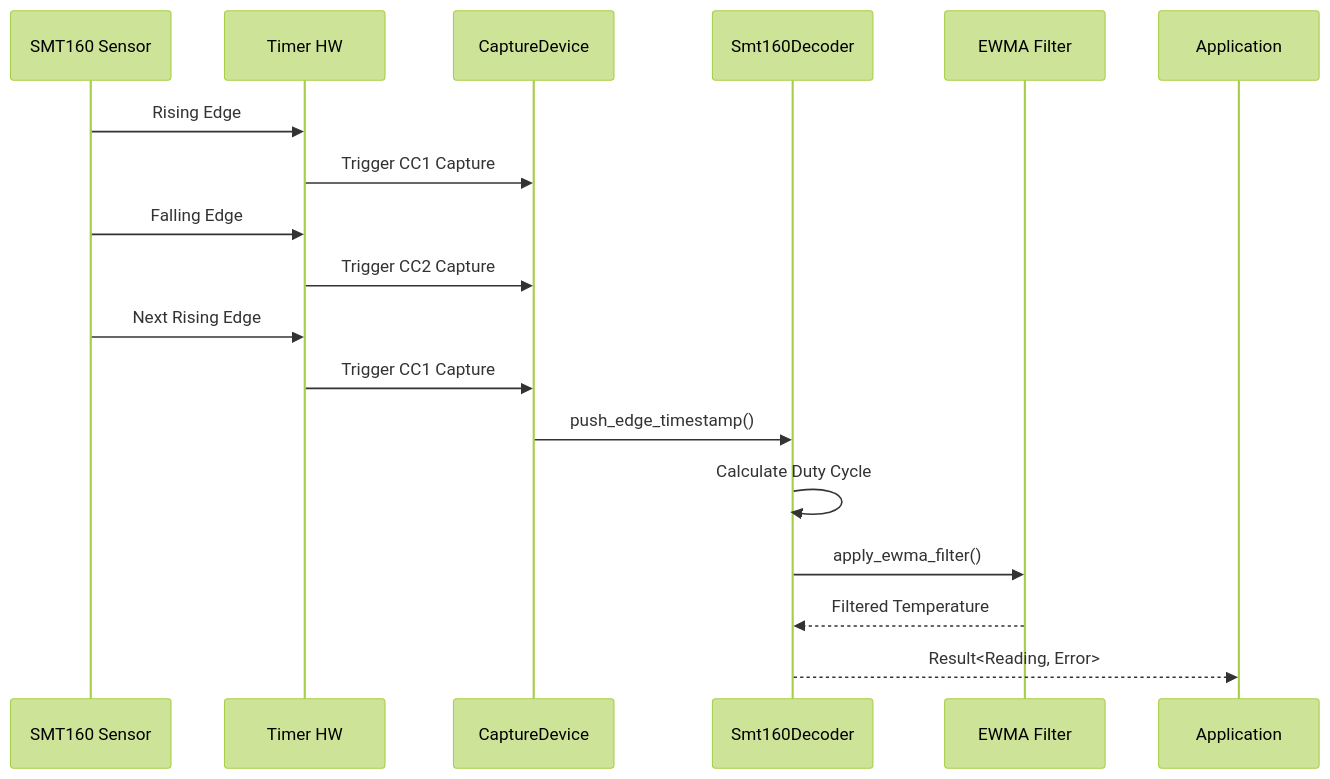
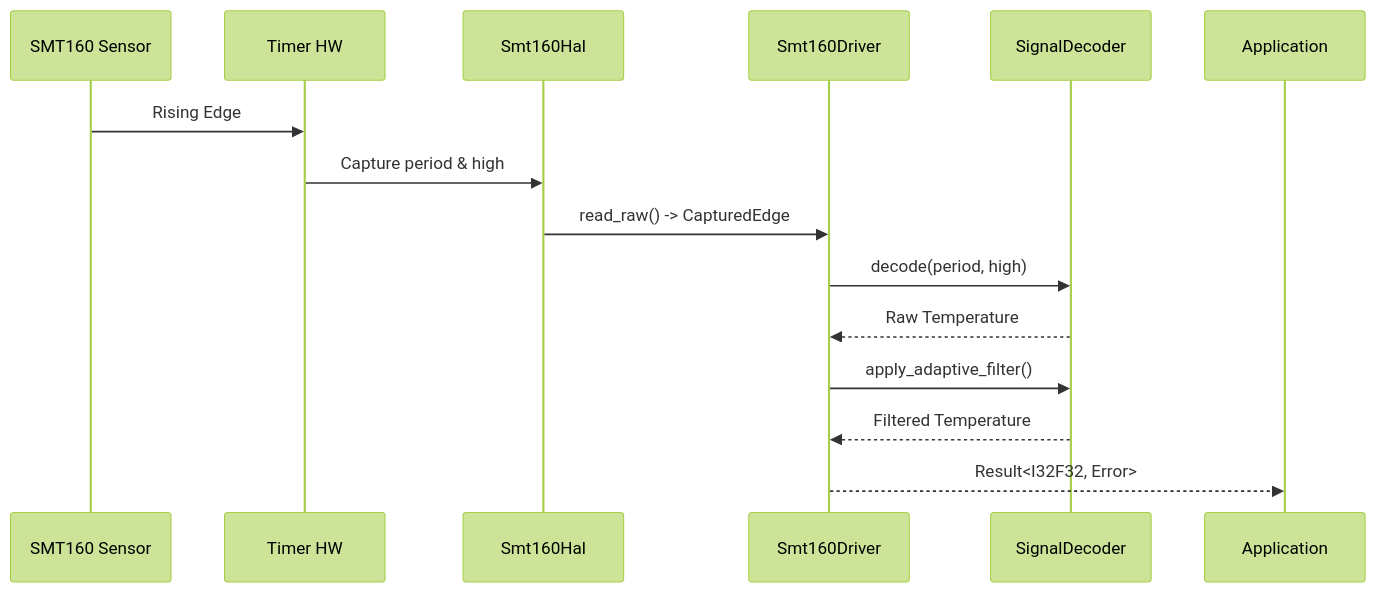
Before and after one commit to FaezBarghasa/smt160-driver: the second of 4 diagrams in Diagrams.md, drawn with Mermaid (forest theme). The commit also changed other lines of this file and 7 other files, not shown here.

Commit message:
docs: update technical documentation, status taxonomies, and architectural diagrams to reflect refined signal processing and error handling logic

````diff
--- a/Diagrams.md
+++ b/Diagrams.md
@@ -45,21 +43,18 @@
 ```mermaid
 sequenceDiagram
     participant S as SMT160 Sensor
     participant T as Timer HW
-    participant C as CaptureDevice
-    participant D as Smt160Decoder
-    participant F as EWMA Filter
+    participant C as Smt160Hal
+    participant D as Smt160Driver
+    participant M as SignalDecoder
     participant A as Application
 
     S->>T: Rising Edge
-    T->>C: Trigger CC1 Capture
-    S->>T: Falling Edge
-    T->>C: Trigger CC2 Capture
-    S->>T: Next Rising Edge
-    T->>C: Trigger CC1 Capture
-    C->>D: push_edge_timestamp()
-    D->>D: Calculate Duty Cycle
-    D->>F: apply_ewma_filter()
-    F-->>D: Filtered Temperature
-    D-->>A: Result<Reading, Error>
+    T->>C: Capture period & high
+    C->>D: read_raw() -> CapturedEdge
+    D->>M: decode(period, high)
+    M-->>D: Raw Temperature
+    D->>M: apply_adaptive_filter()
+    M-->>D: Filtered Temperature
+    D-->>A: Result<I32F32, Error>
 ```
````
